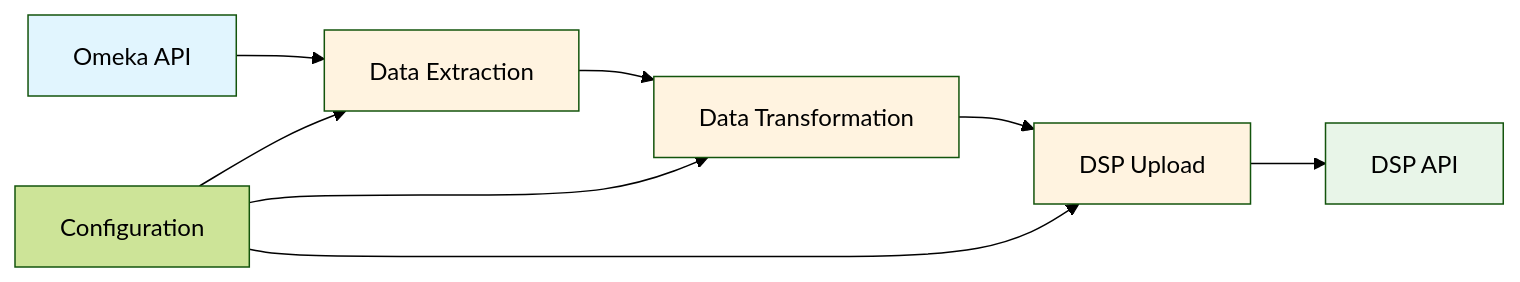
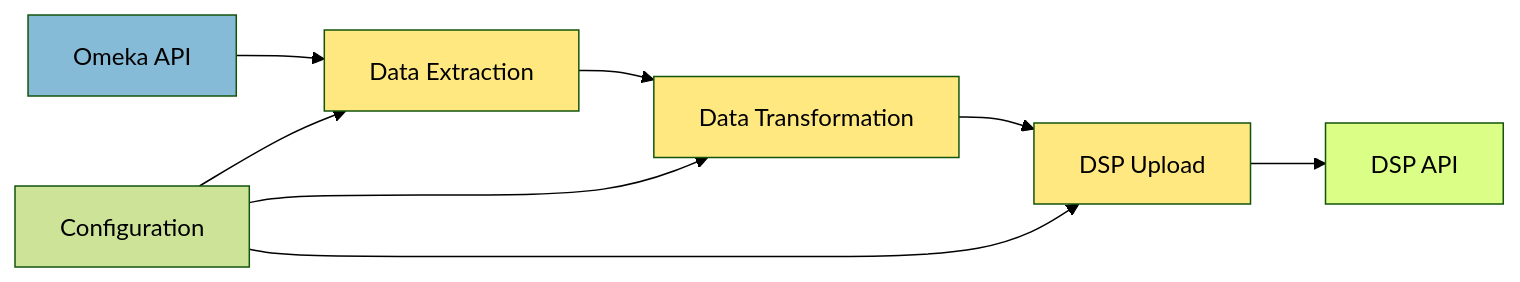
One commit to Stadt-Geschichte-Basel/omeka2dsp changed the diagram in README.md. Above: the diagram before and after it, drawn with Mermaid (forest theme). The commit also changed 22 other files, not shown here.

````diff
--- a/README.md
+++ b/README.md
@@ -83,17 +83,17 @@
 ```{mermaid}
 graph LR
     A[Omeka API] --> B[Data Extraction]
     B --> C[Data Transformation]
     C --> D[DSP Upload]
     D --> E[DSP API]
 
     F[Configuration] --> B
     F --> C
     F --> D
 
-    style A fill:#e1f5fe
-    style E fill:#e8f5e8
-    style B fill:#fff3e0
-    style C fill:#fff3e0
-    style D fill:#fff3e0
+    style A fill:#86bbd8
+    style E fill:#dbfe87
+    style B fill:#ffe880
+    style C fill:#ffe880
+    style D fill:#ffe880
 ```
````
